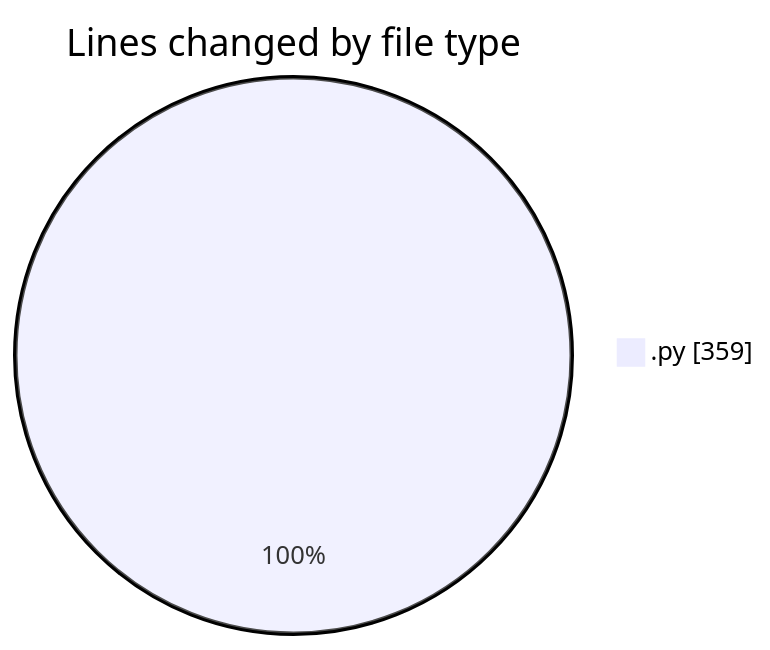
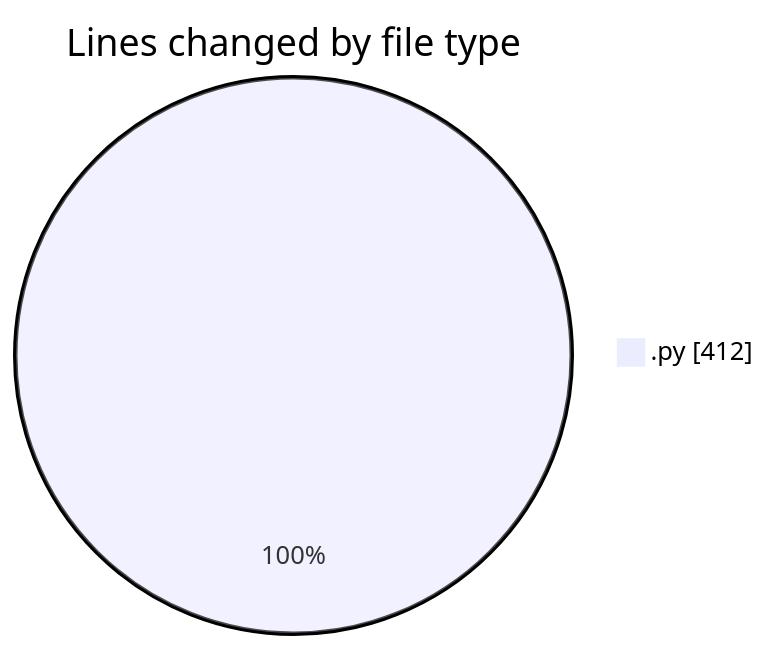
The first of 2 diagrams in 2025-11-14/eventscop-api-guide__workspace_/README.md (julien-gomy/code-tracking), drawn with Mermaid before and after one commit. The commit also changed other lines of this file and 1 other file, not shown here.

````diff
--- a/2025-11-14/eventscop-api-guide__workspace_/README.md
+++ b/2025-11-14/eventscop-api-guide__workspace_/README.md
@@ -22,5 +23,5 @@
 ```mermaid
 pie showData
 title Lines changed by file type
-".py" : 359
+".py" : 412
 ```
````
